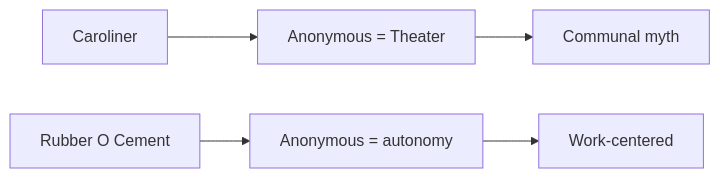
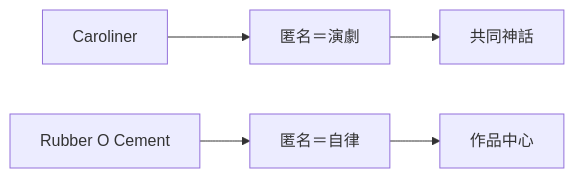
One commit to monumental-movement/monumental-movement.github.io changed the third of 9 diagrams in en/_posts/2026-07-07-column-angine-de-poitrine-caroliner-rubber-o-cement.md. Above: the diagram before and after it, drawn with Mermaid. The commit also changed other lines of this file and 2196 other files, not shown here.

```diff
--- a/en/_posts/2026-07-07-column-angine-de-poitrine-caroliner-rubber-o-cement.md
+++ b/en/_posts/2026-07-07-column-angine-de-poitrine-caroliner-rubber-o-cement.md
@@ -354,18 +353,18 @@
 <div class="mermaid">
 flowchart LR
 
 A["Caroliner"]
-B["Anonymous = Theater"]
-C["Communal myth"]
+B["匿名＝演劇"]
+C["共同神話"]
 
 D["Rubber O Cement"]
-E["Anonymous = autonomy"]
-F["Work-centered"]
+E["匿名＝自律"]
+F["作品中心"]
 
 A --> B
 B --> C
 
 D --> E
 E --> F
 
 </div>
```
